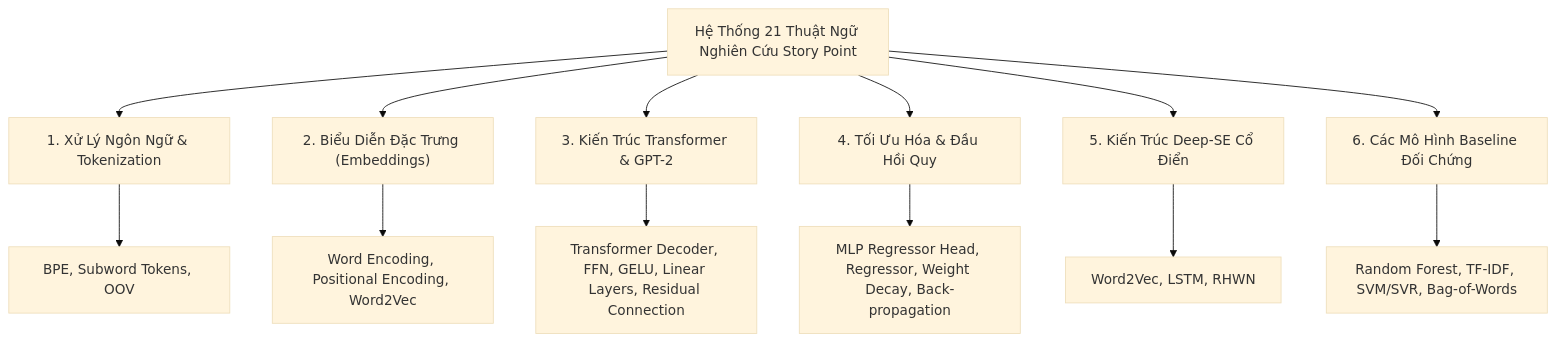
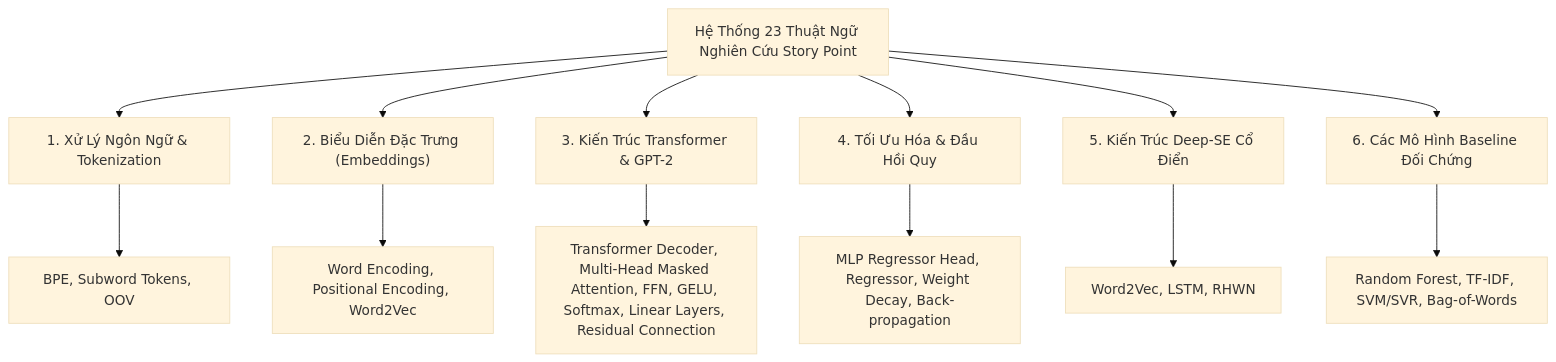
The diagram in docs/articles/paper-information/glossary/README.md (snowflake-vibing/NCKH_Johnny_Snowflake), drawn with Mermaid (base theme) before and after one commit. The commit also changed other lines of this file and 2 other files, not shown here.

Commit message:
docs: tao tiep glossary cho Multi-Head Masked Attention va Softmax theo chuan Feynman RULE.md

````diff
--- a/docs/articles/paper-information/glossary/README.md
+++ b/docs/articles/paper-information/glossary/README.md
@@ -50,16 +52,16 @@
 ```mermaid
 flowchart TD
-    Glossary["Hệ Thống 21 Thuật Ngữ Nghiên Cứu Story Point"] --> T1["1. Xử Lý Ngôn Ngữ & Tokenization"]
+    Glossary["Hệ Thống 23 Thuật Ngữ Nghiên Cứu Story Point"] --> T1["1. Xử Lý Ngôn Ngữ & Tokenization"]
     Glossary --> T2["2. Biểu Diễn Đặc Trưng (Embeddings)"]
     Glossary --> T3["3. Kiến Trúc Transformer & GPT-2"]
     Glossary --> T4["4. Tối Ưu Hóa & Đầu Hồi Quy"]
     Glossary --> T5["5. Kiến Trúc Deep-SE Cổ Điển"]
     Glossary --> T6["6. Các Mô Hình Baseline Đối Chứng"]
 
     T1 --> T1_Items["BPE, Subword Tokens, OOV"]
     T2 --> T2_Items["Word Encoding, Positional Encoding, Word2Vec"]
-    T3 --> T3_Items["Transformer Decoder, FFN, GELU, Linear Layers, Residual Connection"]
+    T3 --> T3_Items["Transformer Decoder, Multi-Head Masked Attention, FFN, GELU, Softmax, Linear Layers, Residual Connection"]
     T4 --> T4_Items["MLP Regressor Head, Regressor, Weight Decay, Back-propagation"]
     T5 --> T5_Items["Word2Vec, LSTM, RHWN"]
     T6 --> T6_Items["Random Forest, TF-IDF, SVM/SVR, Bag-of-Words"]
 ```
````
